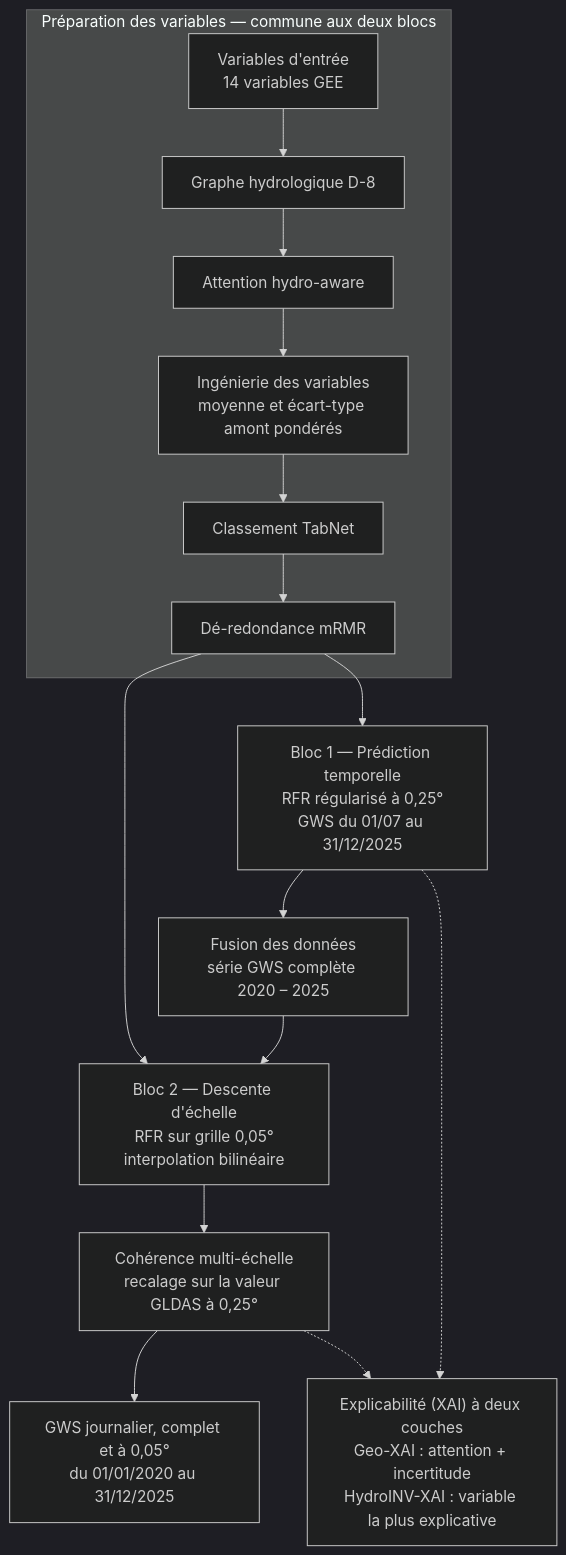
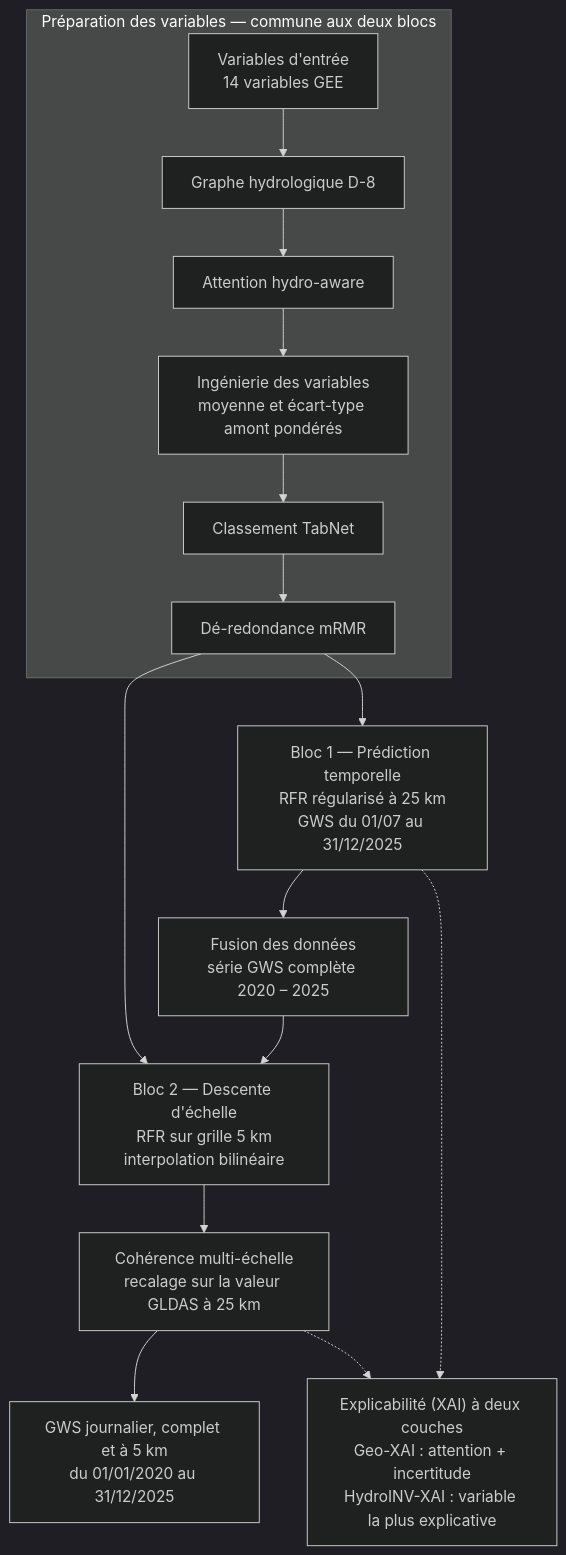
Before and after one commit to BOUTAYEBAnasse/GWS-Oum-Errabie: the diagram in README.md, drawn with Mermaid (dark theme). The commit also changed other lines of this file, not shown here.

````diff
--- a/README.md
+++ b/README.md
@@ -98,18 +98,18 @@
 ```mermaid
 flowchart TD
     subgraph PREP["Préparation des variables — commune aux deux blocs"]
         A["Variables d'entrée<br/>14 variables GEE"] --> B["Graphe hydrologique D-8"]
         B --> C["Attention hydro-aware"]
         C --> D["Ingénierie des variables<br/>moyenne et écart-type amont pondérés"]
         D --> E["Classement TabNet"]
         E --> F["Dé-redondance mRMR"]
     end
-    F --> G["Bloc 1 — Prédiction temporelle<br/>RFR régularisé à 0,25°<br/>GWS du 01/07 au 31/12/2025"]
+    F --> G["Bloc 1 — Prédiction temporelle<br/>RFR régularisé à 25 km<br/>GWS du 01/07 au 31/12/2025"]
     G --> H["Fusion des données<br/>série GWS complète 2020 – 2025"]
-    H --> I["Bloc 2 — Descente d'échelle<br/>RFR sur grille 0,05°<br/>interpolation bilinéaire"]
+    H --> I["Bloc 2 — Descente d'échelle<br/>RFR sur grille 5 km<br/>interpolation bilinéaire"]
     F --> I
-    I --> J["Cohérence multi-échelle<br/>recalage sur la valeur GLDAS à 0,25°"]
-    J --> K["GWS journalier, complet et à 0,05°<br/>du 01/01/2020 au 31/12/2025"]
+    I --> J["Cohérence multi-échelle<br/>recalage sur la valeur GLDAS à 25 km"]
+    J --> K["GWS journalier, complet et à 5 km<br/>du 01/01/2020 au 31/12/2025"]
     G -.-> X["Explicabilité (XAI) à deux couches<br/>Geo-XAI : attention + incertitude<br/>HydroINV-XAI : variable la plus explicative"]
     J -.-> X
 ```
````
